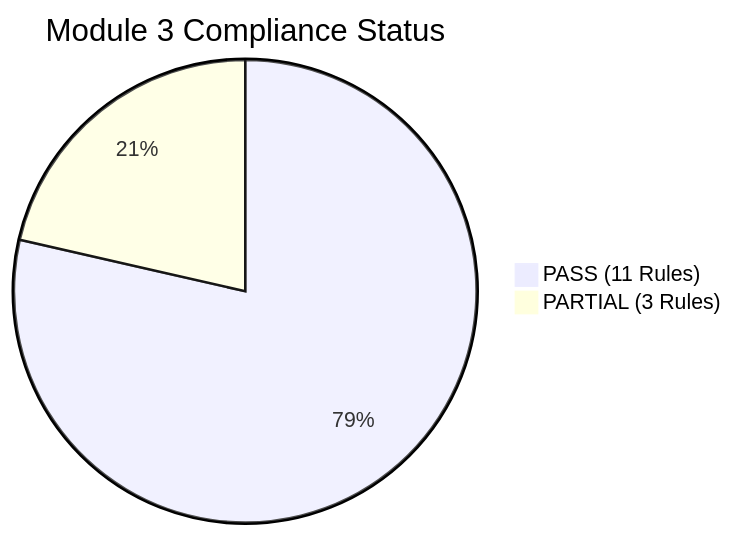
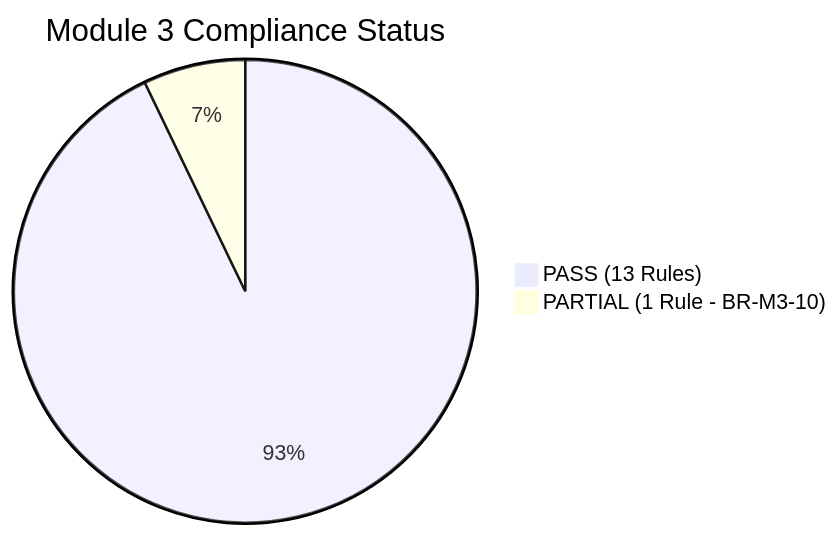
Before and after one commit to DZB1509/HSWRMS: the diagram in 06_Reports/PHASE_M3_AUTHORITATIVE_BR_COMPLIANCE_MATRIX.md, drawn with Mermaid. The commit also changed other lines of this file and 9 other files, not shown here.

````diff
--- a/06_Reports/PHASE_M3_AUTHORITATIVE_BR_COMPLIANCE_MATRIX.md
+++ b/06_Reports/PHASE_M3_AUTHORITATIVE_BR_COMPLIANCE_MATRIX.md
@@ -51,5 +58,5 @@
 ```mermaid
 pie title Module 3 Compliance Status
-    "PASS (11 Rules)" : 11
-    "PARTIAL (3 Rules)" : 3
+    "PASS (13 Rules)" : 13
+    "PARTIAL (1 Rule - BR-M3-10)" : 1
 ```
````
